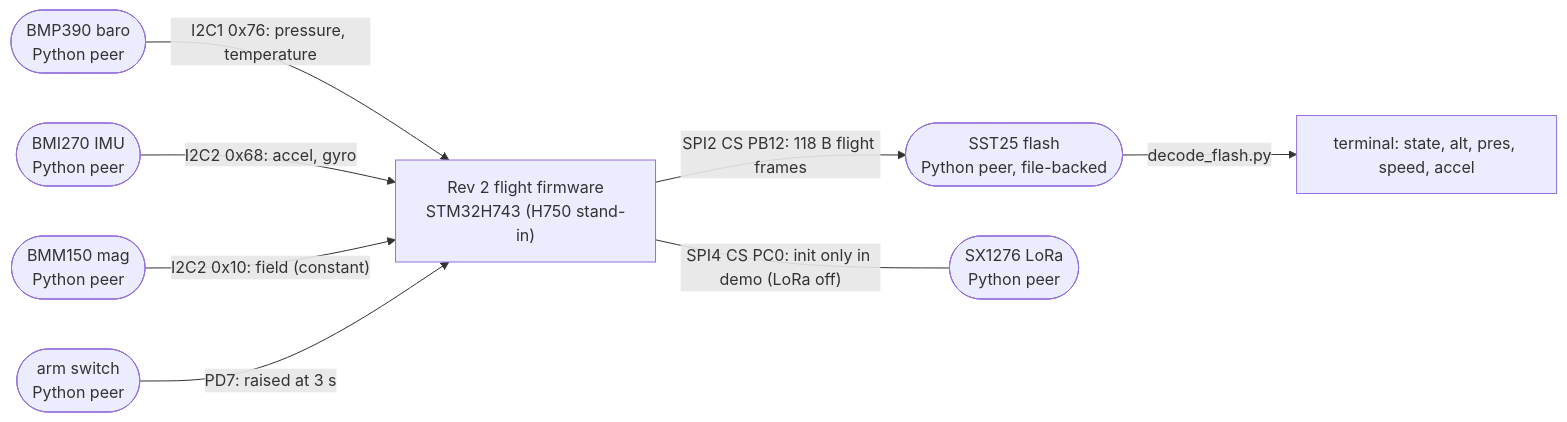
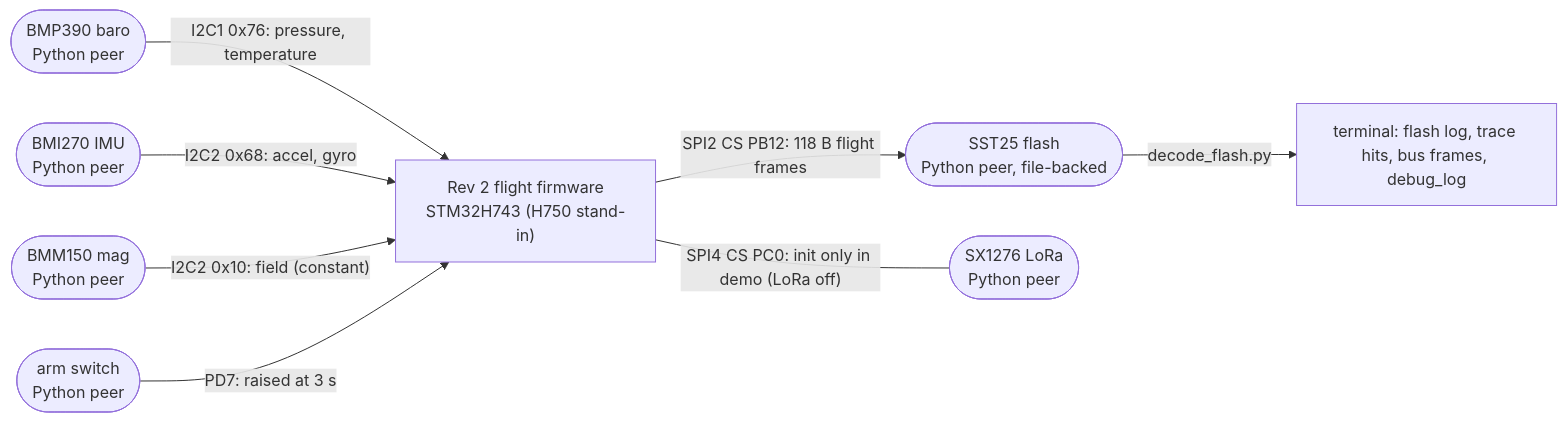
Before and after one commit to simantic-dev/Flight-Computer-Firmware: the diagram in README.md, drawn with Mermaid.

Commit message:
README: diagram label

````diff
--- a/README.md
+++ b/README.md
@@ -65,11 +65,11 @@
 ```mermaid
 flowchart LR
   fc["Rev 2 flight firmware<br/>STM32H743 (H750 stand-in)"]
   baro(["BMP390 baro<br/>Python peer"]) -- "I2C1 0x76: pressure, temperature" --> fc
   imu(["BMI270 IMU<br/>Python peer"]) -- "I2C2 0x68: accel, gyro" --> fc
   mag(["BMM150 mag<br/>Python peer"]) -- "I2C2 0x10: field (constant)" --> fc
   arm(["arm switch<br/>Python peer"]) -- "PD7: raised at 3 s" --> fc
   fc -- "SPI2 CS PB12: 118 B flight frames" --> flash(["SST25 flash<br/>Python peer, file-backed"])
   fc -- "SPI4 CS PC0: init only in demo (LoRa off)" --- lora(["SX1276 LoRa<br/>Python peer"])
-  flash -- "decode_flash.py" --> out["terminal: state, alt, pres, speed, accel"]
+  flash -- "decode_flash.py" --> out["terminal: flash log, trace hits, bus frames, debug_log"]
 ```
````
